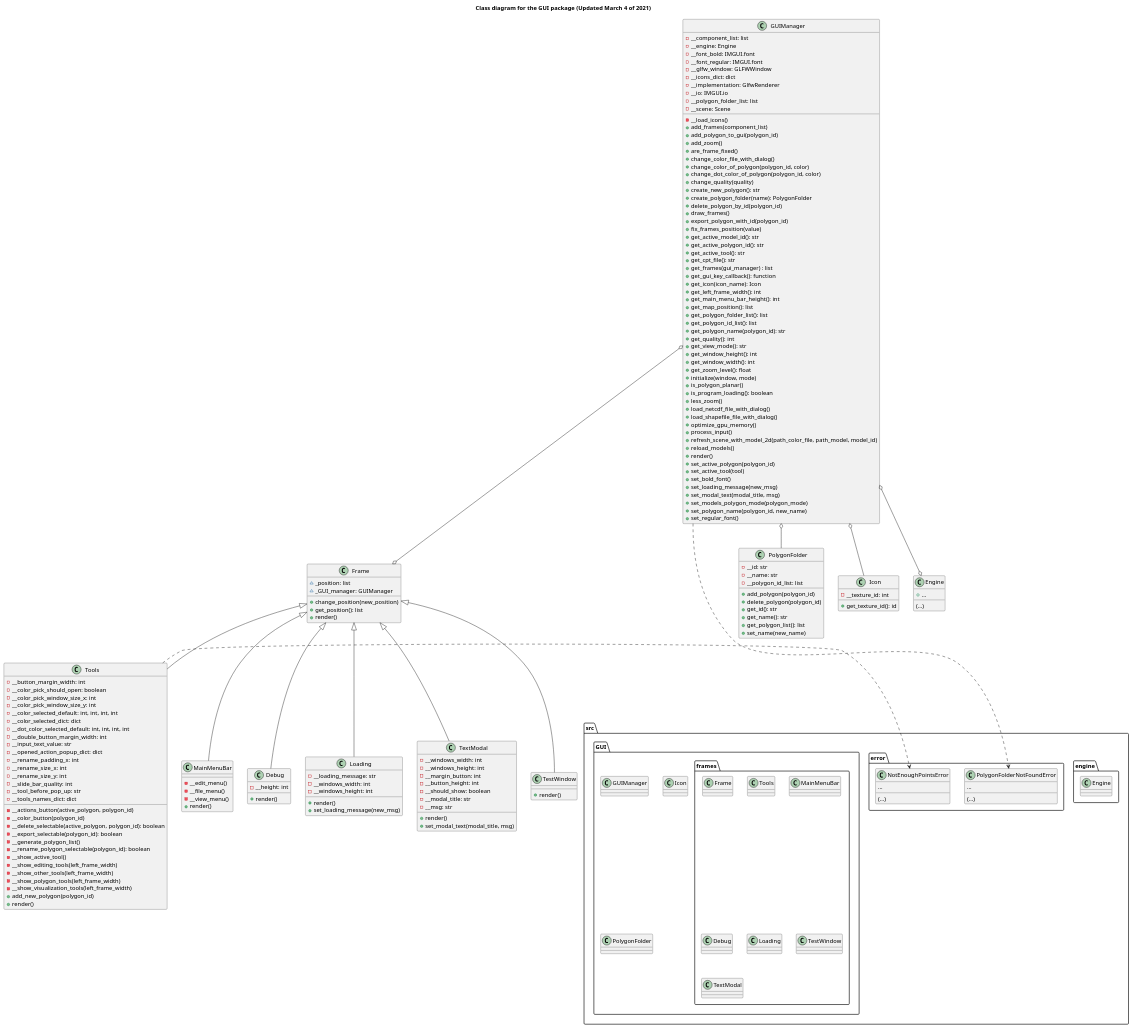
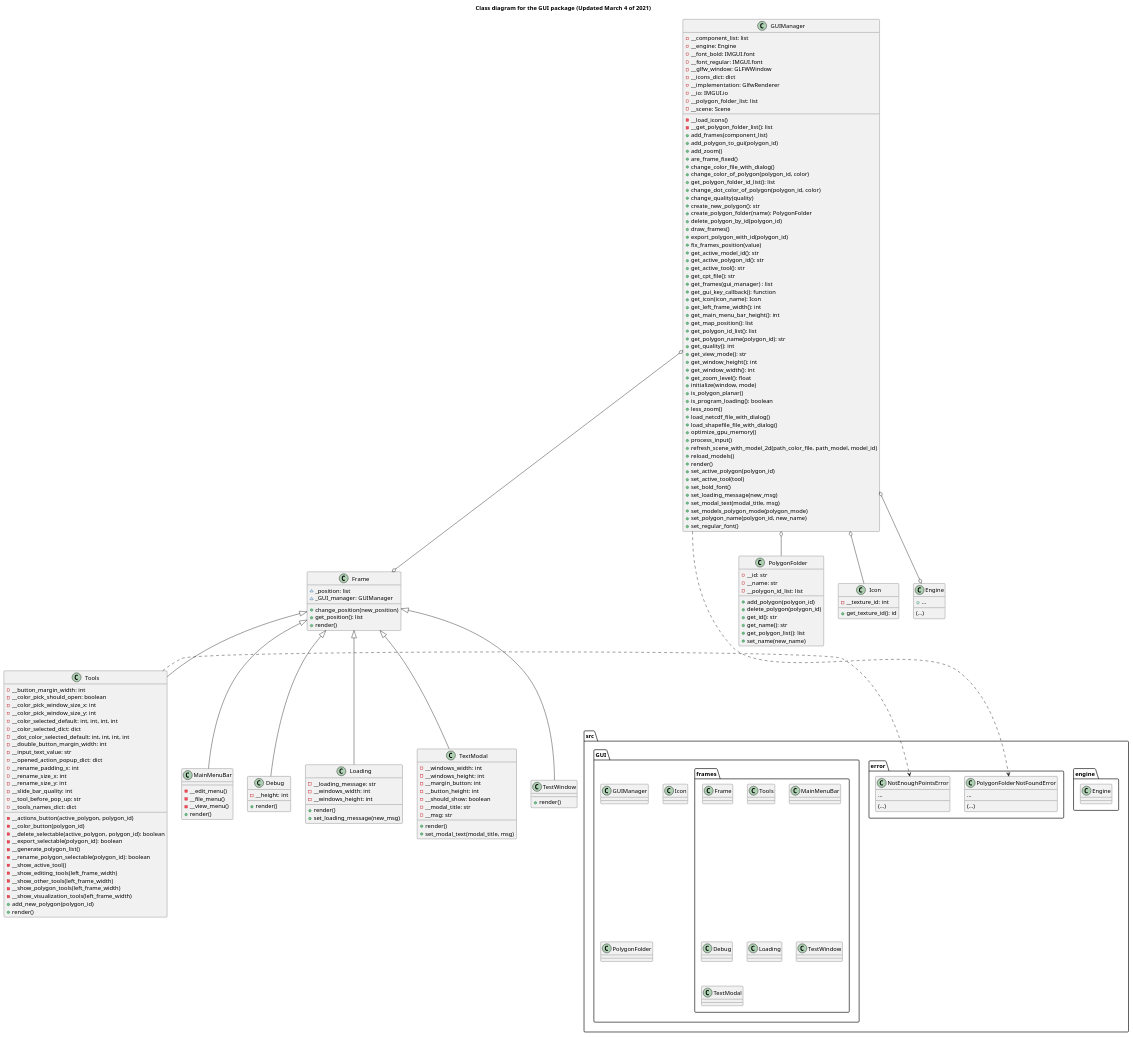
The diagram in docs/gui_package.puml (ferpoble2/Relief_Creator), drawn with PlantUML before and after one commit. The commit also changed 1 other file, not shown here.

Commit message:
Added method get_polygon_folder_id_list to the GUIManager and changed get_polygon_folder_list method to private

```diff
--- a/docs/gui_package.puml
+++ b/docs/gui_package.puml
@@ -64,12 +64,14 @@
     - __scene: Scene
 
     - __load_icons()
+    - __get_polygon_folder_list(): list
     + add_frames(component_list)
     + add_polygon_to_gui(polygon_id)
     + add_zoom()
     + are_frame_fixed()
     + change_color_file_with_dialog()
     + change_color_of_polygon(polygon_id, color)
+    + get_polygon_folder_id_list(): list
     + change_dot_color_of_polygon(polygon_id, color)
     + change_quality(quality)
     + create_new_polygon(): str
@@ -88,7 +90,6 @@
     + get_left_frame_width(): int
     + get_main_menu_bar_height(): int
     + get_map_position(): list
-    + get_polygon_folder_list(): list
     + get_polygon_id_list(): list
     + get_polygon_name(polygon_id): str
     + get_quality(): int
```
